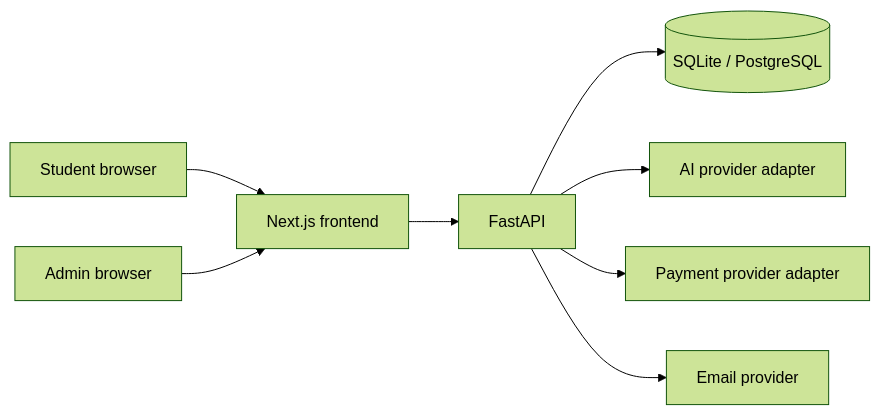
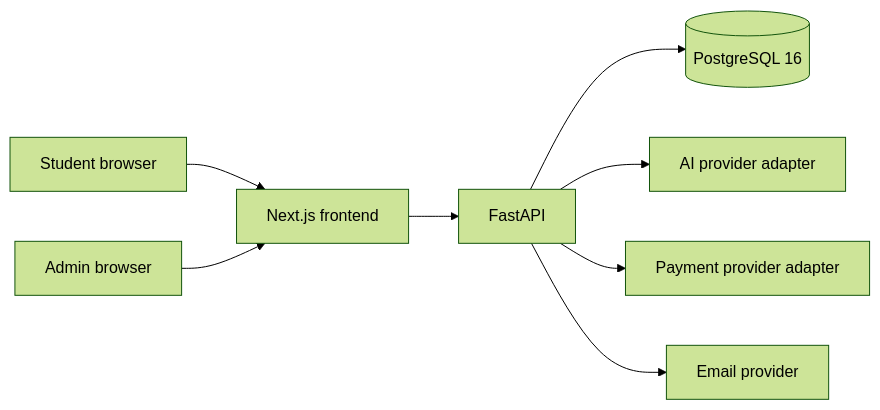
Before and after one commit to Khair-Ullah/Scholario-ai-fork: the first of 7 diagrams in docs/ARCHITECTURE.md, drawn with Mermaid (forest theme). The commit also changed other lines of this file and 105 other files, not shown here.

````diff
--- a/docs/ARCHITECTURE.md
+++ b/docs/ARCHITECTURE.md
@@ -5,10 +9,10 @@
 ```mermaid
 flowchart LR
   Student[Student browser] --> Web[Next.js frontend]
   Web --> API[FastAPI]
-  API --> DB[(SQLite / PostgreSQL)]
+  API --> DB[(PostgreSQL 16)]
   API --> AI[AI provider adapter]
   API --> Pay[Payment provider adapter]
   API --> Mail[Email provider]
   Admin[Admin browser] --> Web
 ```
````
